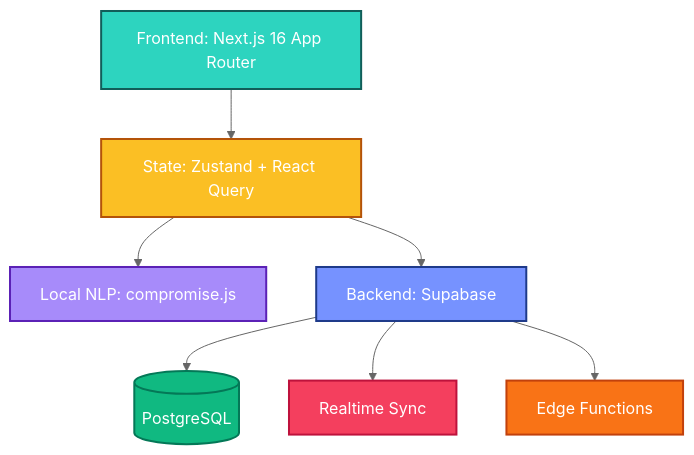
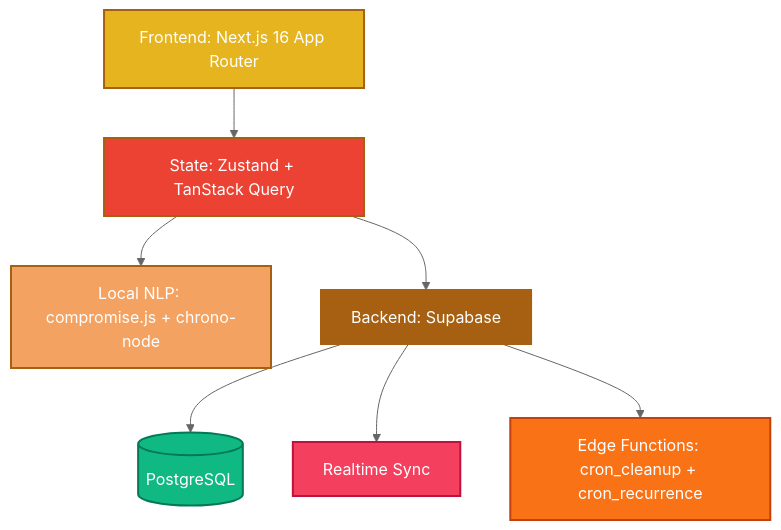
Before and after one commit to mzaman001/Presense: the diagram in README.md, drawn with Mermaid (neutral theme). The commit also changed other lines of this file and 10 other files, not shown here.

Commit message:
docs: consolidate architecture docs, update manifest/context, add DOCS_NEEDS_CODE

````diff
--- a/README.md
+++ b/README.md
@@ -106,17 +138,17 @@
 ```mermaid
 graph TD
-    UI[Frontend: Next.js 16 App Router] --> State[State: Zustand + React Query]
-    State --> NLP[Local NLP: compromise.js]
+    UI[Frontend: Next.js 16 App Router] --> State[State: Zustand + TanStack Query]
+    State --> NLP[Local NLP: compromise.js + chrono-node]
     State --> Supabase[Backend: Supabase]
     Supabase --> DB[(PostgreSQL)]
     Supabase --> RT[Realtime Sync]
-    Supabase --> Edge[Edge Functions]
-    
-    style UI fill:#2DD4BF,stroke:#115E59,stroke-width:2px,color:#fff
-    style State fill:#FBBF24,stroke:#B45309,stroke-width:2px,color:#fff
-    style NLP fill:#A78BFA,stroke:#5B21B6,stroke-width:2px,color:#fff
-    style Supabase fill:#7692FF,stroke:#1E3A8A,stroke-width:2px,color:#fff
+    Supabase --> Edge[Edge Functions: cron_cleanup + cron_recurrence]
+
+    style UI fill:#E5B41E,stroke:#A76011,stroke-width:2px,color:#fff
+    style State fill:#EB4233,stroke:#A76011,stroke-width:2px,color:#fff
+    style NLP fill:#F4A261,stroke:#A76011,stroke-width:2px,color:#fff
+    style Supabase fill:#A76011,stroke:#A76011,stroke-width:2px,color:#fff
     style DB fill:#10B981,stroke:#047857,stroke-width:2px,color:#fff
     style RT fill:#F43F5E,stroke:#BE123C,stroke-width:2px,color:#fff
     style Edge fill:#F97316,stroke:#C2410C,stroke-width:2px,color:#fff
 ```
````
